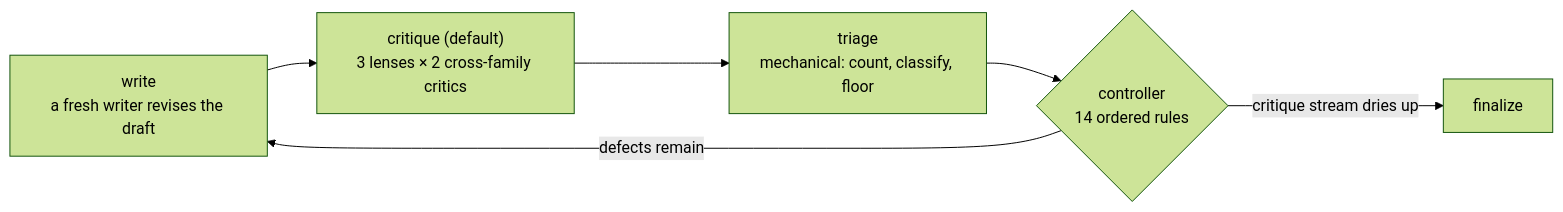
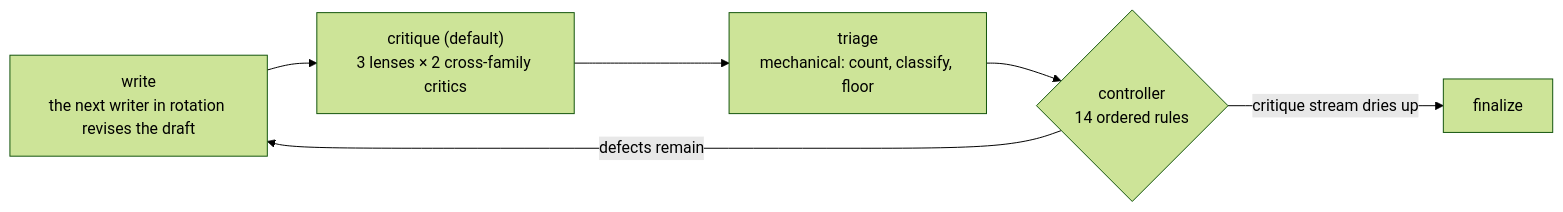
The second of 2 diagrams in docs/concepts.md (NickBorgers/reasonable-answer), drawn with Mermaid (forest theme) before and after one commit. The commit also changed other lines of this file and 17 other files, not shown here.

First line of the commit message:
feat(roles): writers rotate round-robin; the previous author is not excluded (D-writer-rotation-pool) (#238)

````diff
--- a/docs/concepts.md
+++ b/docs/concepts.md
@@ -150,8 +151,8 @@
 ```mermaid
 flowchart LR
-    G["write<br/>a fresh writer revises the draft"] --> K["critique (default)<br/>3 lenses × 2 cross-family critics"]
+    G["write<br/>the next writer in rotation revises the draft"] --> K["critique (default)<br/>3 lenses × 2 cross-family critics"]
     K --> TR["triage<br/>mechanical: count, classify, floor"]
     TR --> D{"controller<br/>14 ordered rules"}
     D -->|"defects remain"| G
     D -->|"critique stream dries up"| F["finalize"]
 ```
````
